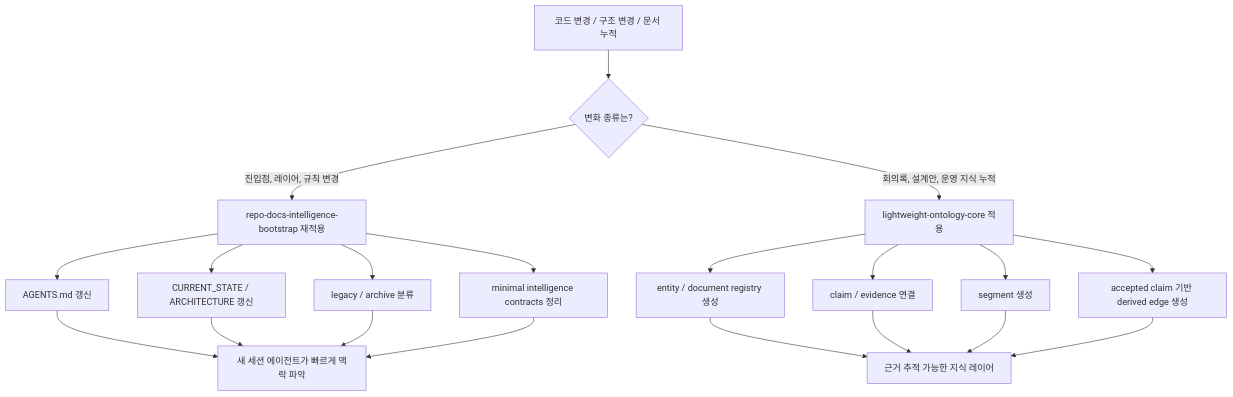
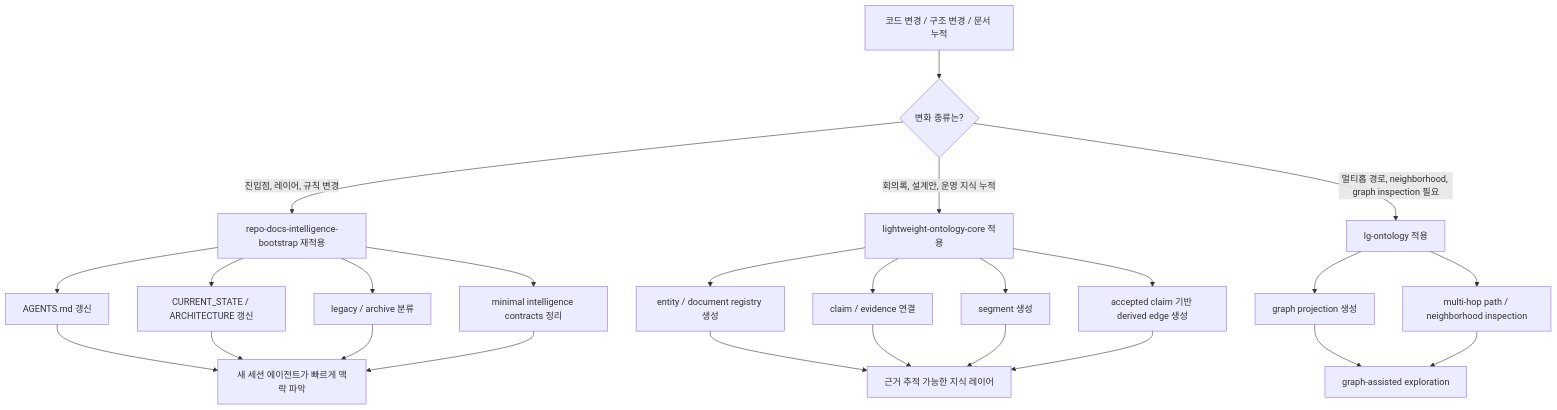
Before and after one commit to tteggu87/repo-docs-ontology-skills: the second of 14 diagrams in README.md, drawn with Mermaid. The commit also changed other lines of this file, not shown here.

Commit message:
Patch README drift and Mermaid flows

````diff
--- a/README.md
+++ b/README.md
@@ -184,25 +190,31 @@
 ```mermaid
 flowchart TD
     A["코드 변경 / 구조 변경 / 문서 누적"] --> B{"변화 종류는?"}
     B -->|"진입점, 레이어, 규칙 변경"| C["repo-docs-intelligence-bootstrap 재적용"]
     B -->|"회의록, 설계안, 운영 지식 누적"| D["lightweight-ontology-core 적용"]
+    B -->|"멀티홉 경로, neighborhood, graph inspection 필요"| E["lg-ontology 적용"]
 
-    C --> E["AGENTS.md 갱신"]
-    C --> F["CURRENT_STATE / ARCHITECTURE 갱신"]
-    C --> G["legacy / archive 분류"]
-    C --> H["minimal intelligence contracts 정리"]
+    C --> F["AGENTS.md 갱신"]
+    C --> G["CURRENT_STATE / ARCHITECTURE 갱신"]
+    C --> H["legacy / archive 분류"]
+    C --> I["minimal intelligence contracts 정리"]
 
-    D --> I["entity / document registry 생성"]
-    D --> J["claim / evidence 연결"]
-    D --> K["segment 생성"]
-    D --> L["accepted claim 기반 derived edge 생성"]
+    D --> J["entity / document registry 생성"]
+    D --> K["claim / evidence 연결"]
+    D --> L["segment 생성"]
+    D --> M["accepted claim 기반 derived edge 생성"]
 
-    E --> M["새 세션 에이전트가 빠르게 맥락 파악"]
-    F --> M
-    G --> M
-    H --> M
-    I --> N["근거 추적 가능한 지식 레이어"]
-    J --> N
-    K --> N
-    L --> N
+    E --> N["graph projection 생성"]
+    E --> O["multi-hop path / neighborhood inspection"]
+
+    F --> P["새 세션 에이전트가 빠르게 맥락 파악"]
+    G --> P
+    H --> P
+    I --> P
+    J --> Q["근거 추적 가능한 지식 레이어"]
+    K --> Q
+    L --> Q
+    M --> Q
+    N --> R["graph-assisted exploration"]
+    O --> R
 ```
````
